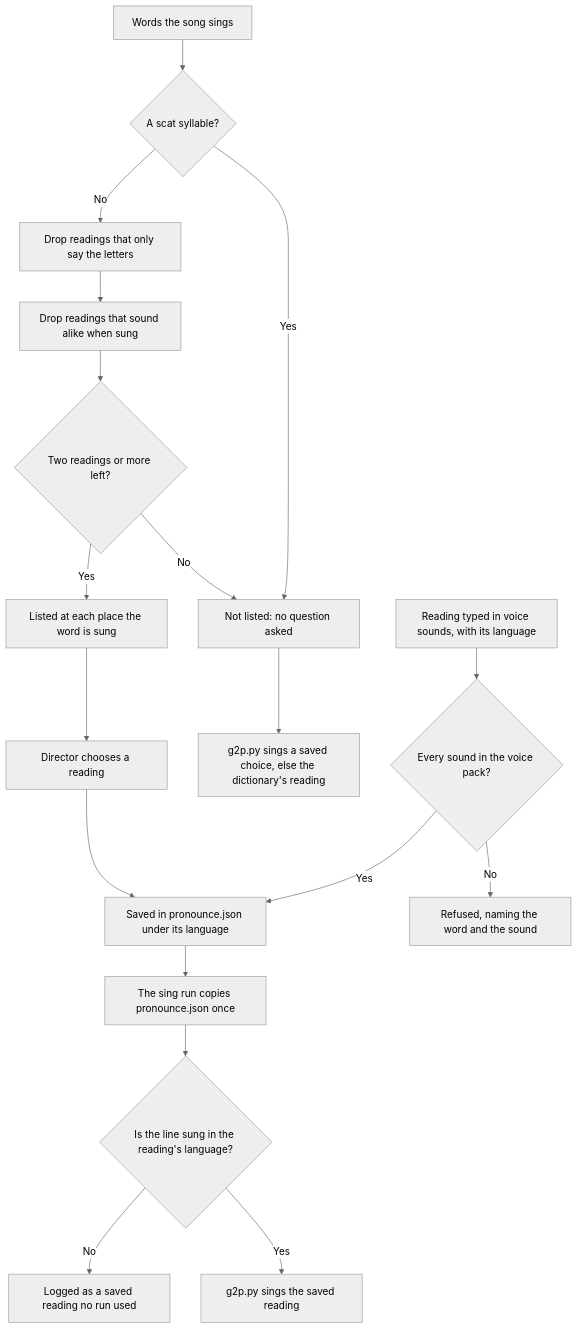
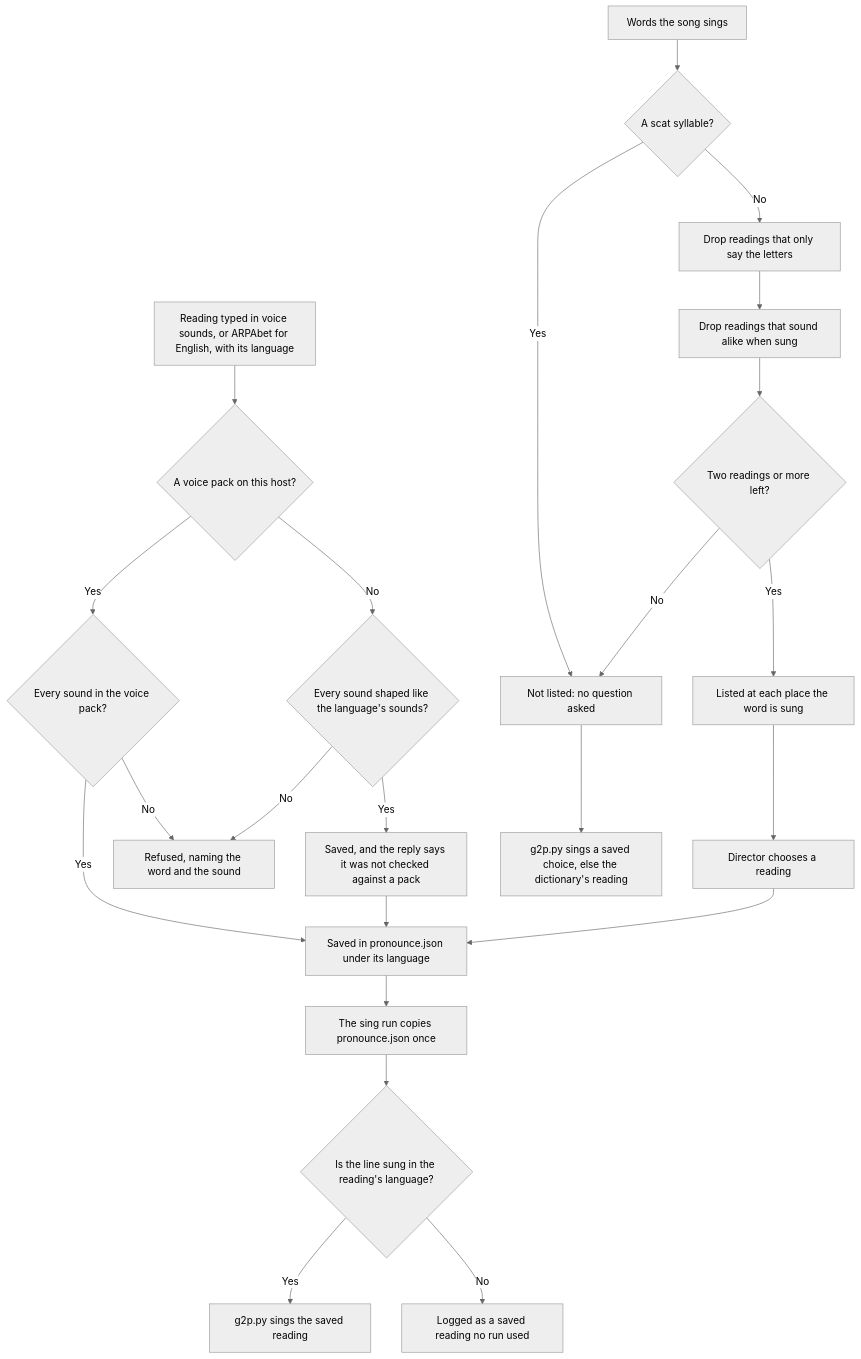
The diagram in docs/diagrams/pronunciation-list.md (eerovil/musescore-choir-plugins), drawn with Mermaid (neutral theme) before and after one commit. The commit also changed other lines of this file and 5 other files, not shown here.

Commit message:
Review of #503: keep every typed sound, list without a singer venv, diagram's no-pack branch

````diff
--- a/docs/diagrams/pronunciation-list.md
+++ b/docs/diagrams/pronunciation-list.md
@@ -9,25 +9,30 @@
 ```mermaid
 flowchart TD
     words[Words the song sings] --> scat{A scat syllable?}
     scat -- Yes --> quiet[Not listed: no question asked]
     scat -- No --> letters[Drop readings that only say the letters]
     letters --> alike[Drop readings that sound alike when sung]
     alike --> two{Two readings or more left?}
     two -- No --> quiet
     two -- Yes --> listed[Listed at each place the word is sung]
     listed --> choice[Director chooses a reading]
-    typed[Reading typed in voice sounds, with its language] --> check{Every sound in the voice pack?}
+    typed[Reading typed in voice sounds, or ARPAbet for English, with its language] --> haspack{A voice pack on this host?}
+    haspack -- Yes --> check{Every sound in the voice pack?}
+    haspack -- No --> shape{Every sound shaped like the language's sounds?}
     check -- No --> refused[Refused, naming the word and the sound]
+    shape -- No --> refused
     check -- Yes --> saved[Saved in pronounce.json under its language]
+    shape -- Yes --> unchecked[Saved, and the reply says it was not checked against a pack]
+    unchecked --> saved
     choice --> saved
     saved --> copy[The sing run copies pronounce.json once]
     copy --> run{Is the line sung in the reading's language?}
     run -- Yes --> sung[g2p.py sings the saved reading]
     run -- No --> unused[Logged as a saved reading no run used]
     quiet --> default[g2p.py sings a saved choice, else the dictionary's reading]
     class words,letters,alike blue
-    class scat,two,check,run amber
-    class listed,choice,typed,refused green
+    class scat,two,check,haspack,shape,run amber
+    class listed,choice,typed,refused,unchecked green
     class saved,copy violet
     class quiet,sung,default,unused teal
 ```
````
